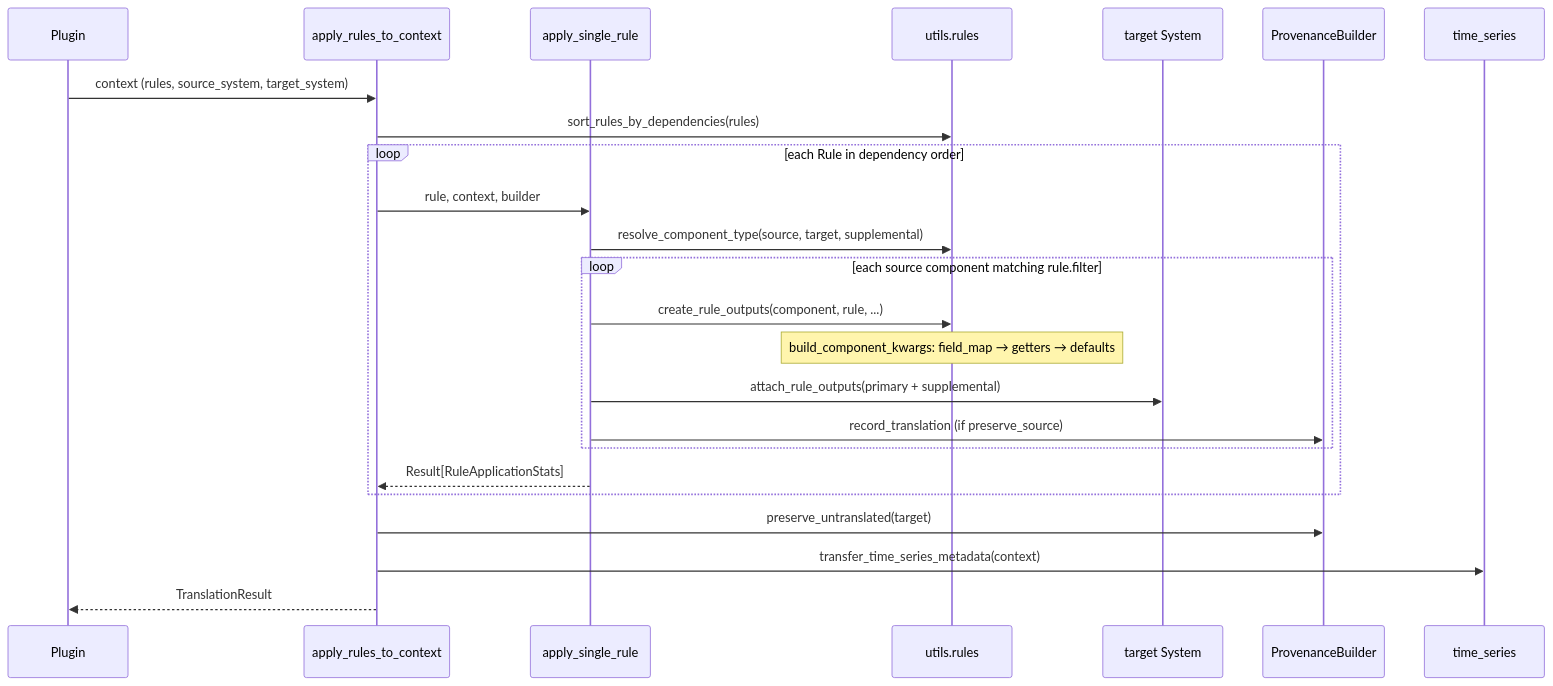
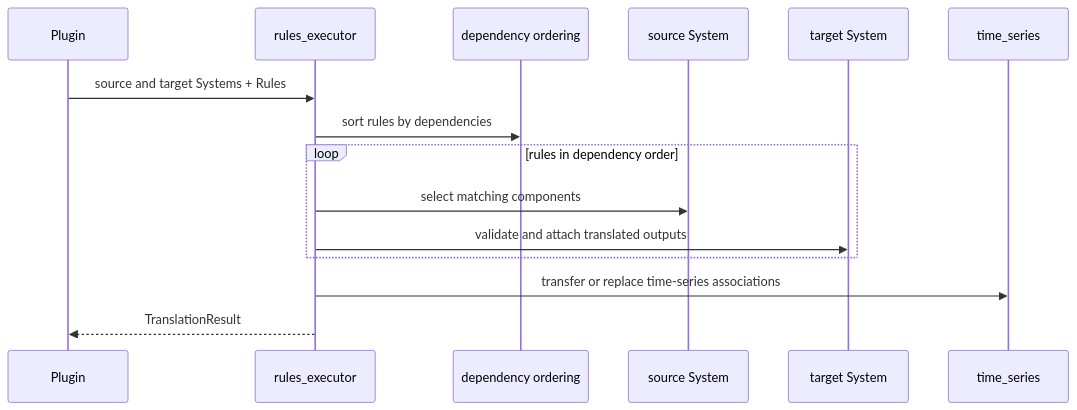
One commit to NatLabRockies/r2x-core changed the third of 3 diagrams in docs/src/content/docs/explanations/architecture.md. Above: the diagram before and after it, drawn with Mermaid. The commit also changed other lines of this file and 79 other files, not shown here.

````diff
--- a/docs/src/content/docs/explanations/architecture.md
+++ b/docs/src/content/docs/explanations/architecture.md
@@ -135,27 +106,18 @@
 ```mermaid
 sequenceDiagram
     participant Plugin
-    participant apply_rules_to_context
-    participant apply_single_rule
-    participant utils.rules
-    participant target as target System
-    participant ProvenanceBuilder
-    participant time_series
+    participant Rules as rules_executor
+    participant Sort as dependency ordering
+    participant Source as source System
+    participant Target as target System
+    participant Series as time_series
 
-    Plugin->>apply_rules_to_context: context (rules, source_system, target_system)
-    apply_rules_to_context->>utils.rules: sort_rules_by_dependencies(rules)
-    loop each Rule in dependency order
-        apply_rules_to_context->>apply_single_rule: rule, context, builder
-        apply_single_rule->>utils.rules: resolve_component_type(source, target, supplemental)
-        loop each source component matching rule.filter
-            apply_single_rule->>utils.rules: create_rule_outputs(component, rule, ...)
-            Note over utils.rules: build_component_kwargs: field_map → getters → defaults
-            apply_single_rule->>target: attach_rule_outputs(primary + supplemental)
-            apply_single_rule->>ProvenanceBuilder: record_translation (if preserve_source)
-        end
-        apply_single_rule-->>apply_rules_to_context: Result[RuleApplicationStats]
+    Plugin->>Rules: source and target Systems + Rules
+    Rules->>Sort: sort rules by dependencies
+    loop rules in dependency order
+        Rules->>Source: select matching components
+        Rules->>Target: validate and attach translated outputs
     end
-    apply_rules_to_context->>ProvenanceBuilder: preserve_untranslated(target)
-    apply_rules_to_context->>time_series: transfer_time_series_metadata(context)
-    apply_rules_to_context-->>Plugin: TranslationResult
+    Rules->>Series: transfer or replace time-series associations
+    Rules-->>Plugin: TranslationResult
 ```
````
